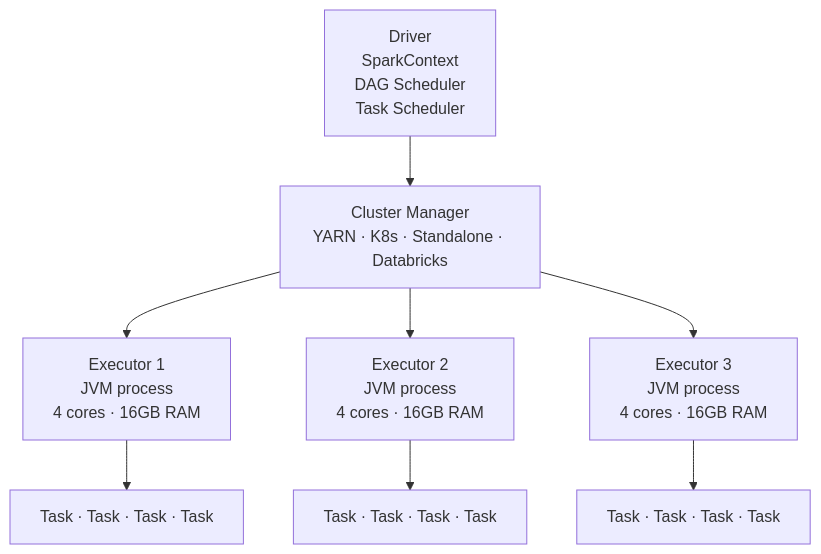
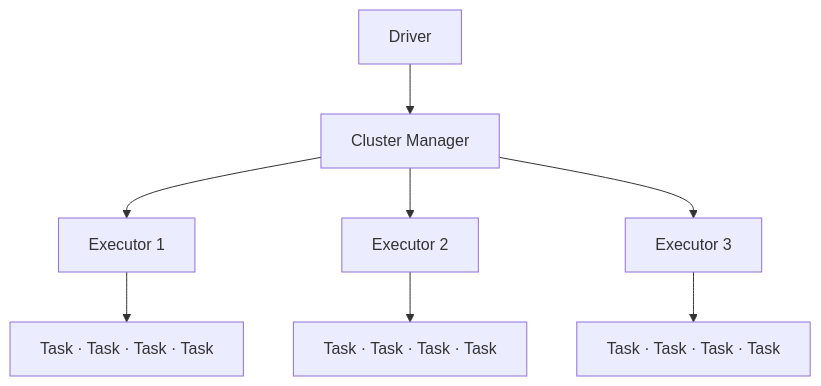
The first of 2 diagrams in 05-databricks/03-spark-architecture.md (gcmishra7/data-engineering-helper), drawn with Mermaid before and after one commit. The commit also changed other lines of this file and 57 other files, not shown here.

First line of the commit message:
Shorten mermaid node labels to fix text truncation on GitHub

````diff
--- a/05-databricks/03-spark-architecture.md
+++ b/05-databricks/03-spark-architecture.md
@@ -8,10 +8,10 @@
 ```mermaid
 graph TD
-    D[Driver<br/>SparkContext<br/>DAG Scheduler<br/>Task Scheduler] --> C[Cluster Manager<br/>YARN · K8s · Standalone · Databricks]
-    C --> E1[Executor 1<br/>JVM process<br/>4 cores · 16GB RAM]
-    C --> E2[Executor 2<br/>JVM process<br/>4 cores · 16GB RAM]
-    C --> E3[Executor 3<br/>JVM process<br/>4 cores · 16GB RAM]
+    D[Driver] --> C[Cluster Manager]
+    C --> E1[Executor 1]
+    C --> E2[Executor 2]
+    C --> E3[Executor 3]
     E1 --> T1[Task · Task · Task · Task]
     E2 --> T2[Task · Task · Task · Task]
     E3 --> T3[Task · Task · Task · Task]
 ```
````
